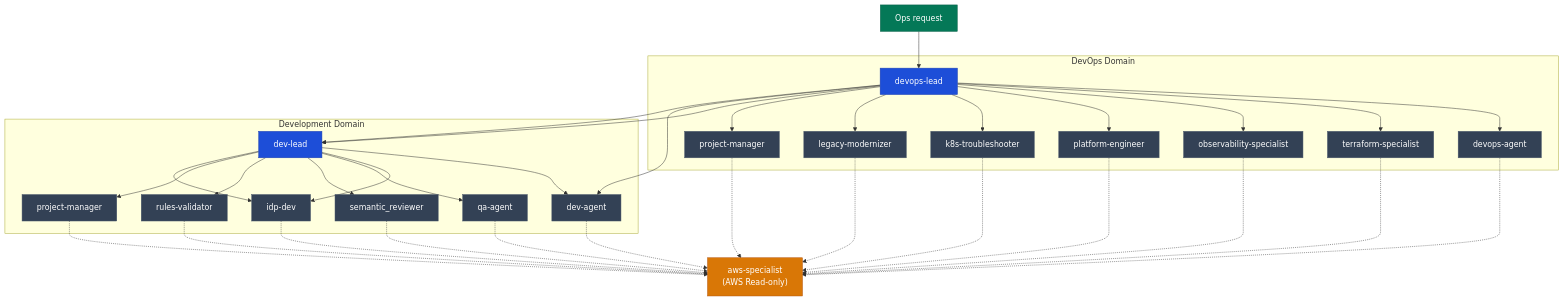
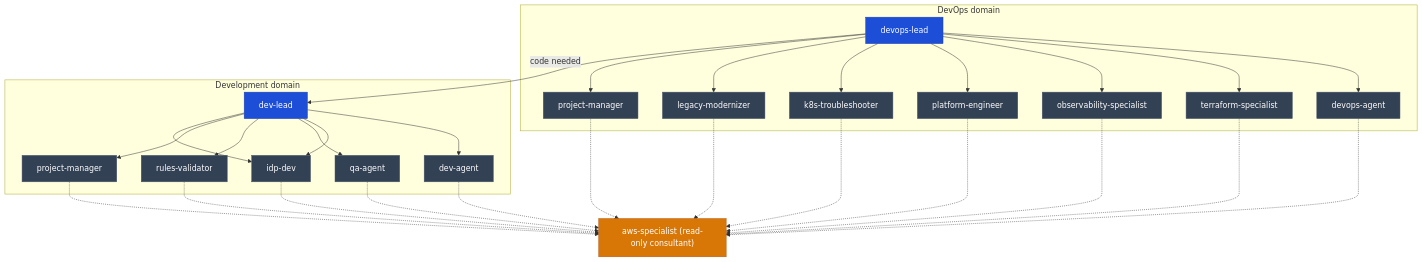
One commit to nathanSeixeiro/ai-dotfiles changed the first of 2 diagrams in README.md. Above: the diagram before and after it, drawn with Mermaid. The commit also changed other lines of this file and 1 other file, not shown here.

````diff
--- a/README.md
+++ b/README.md
@@ -84,67 +39,46 @@
 ```mermaid
-
 flowchart TD
-    %% Liderança DevOps
-    subgraph OPS["DevOps Domain"]
+    subgraph OPS["DevOps domain"]
         DOPS["devops-lead"]
-
         DOPS --> DA["devops-agent"]
         DOPS --> TS["terraform-specialist"]
         DOPS --> OS["observability-specialist"]
         DOPS --> PE["platform-engineer"]
         DOPS --> KT["k8s-troubleshooter"]
         DOPS --> LM["legacy-modernizer"]
         DOPS --> PMO["project-manager"]
     end
 
-    %% Liderança de Desenvolvimento
-    subgraph DEV["Development Domain"]
+    subgraph DEV["Development domain"]
         DL["dev-lead"]
-
         DL --> DE["dev-agent"]
         DL --> IDP["idp-dev"]
         DL --> QA["qa-agent"]
-        DL --> SR["semantic_reviewer"]
         DL --> RV["rules-validator"]
         DL --> PMD["project-manager"]
     end
 
-    %% Comunicação entre domínios
-    DOPS --> DL
-    DOPS --> DE
-
-    %% Fluxo de código vindo de operações
-    OPS_CODE["Ops request"]
-    OPS_CODE --> DOPS
-    DOPS --> DL
+    DOPS -- "code needed" --> DL
     DL --> IDP
 
-    %% Regra transversal AWS
-    AWS["aws-specialist<br/>(AWS Read-only)"]
-
+    AWS["aws-specialist (read-only consultant)"]
     DA -.-> AWS
     TS -.-> AWS
     OS -.-> AWS
     PE -.-> AWS
     KT -.-> AWS
     LM -.-> AWS
     DE -.-> AWS
     IDP -.-> AWS
     QA -.-> AWS
-    SR -.-> AWS
     RV -.-> AWS
     PMO -.-> AWS
     PMD -.-> AWS
 
-    %% Estilos
     classDef lead fill:#1d4ed8,color:#fff,stroke:#1e40af
     classDef agent fill:#334155,color:#fff,stroke:#475569
     classDef rule fill:#d97706,color:#fff,stroke:#b45309
-    classDef external fill:#047857,color:#fff,stroke:#065f46
-
     class DOPS,DL lead
-    class DA,TS,OS,PE,KT,LM,DE,IDP,QA,SR,RV,PMO,PMD agent
+    class DA,TS,OS,PE,KT,LM,DE,IDP,QA,RV,PMO,PMD agent
     class AWS rule
-    class OPS_CODE external
-
 ```
````
